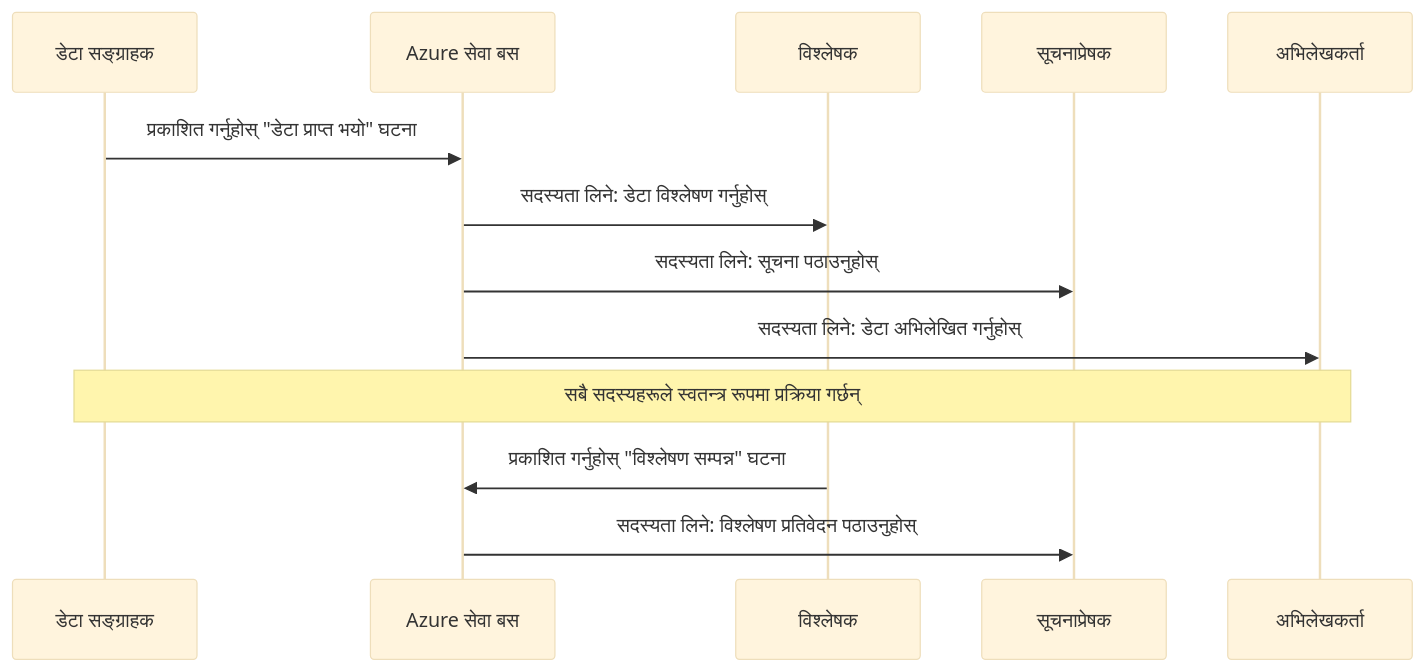
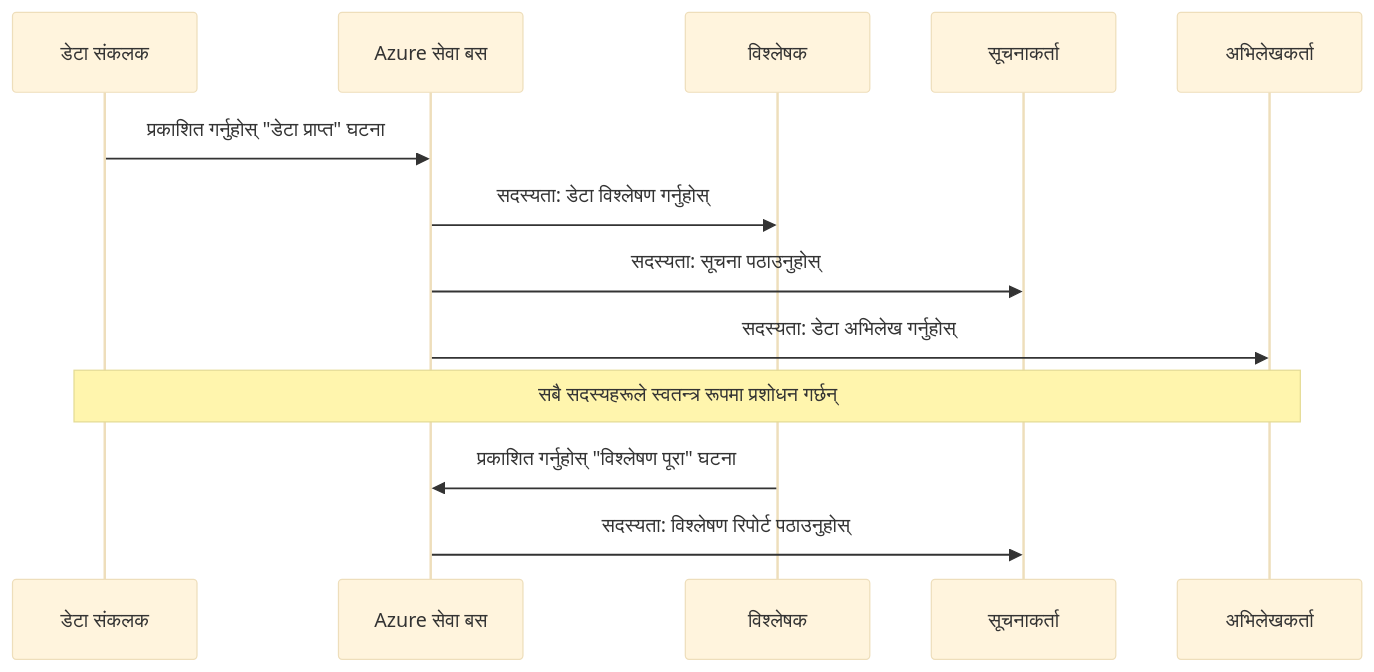
Before and after one commit to microsoft/AZD-for-beginners: the fourth of 6 diagrams in translations/ne/docs/chapter-06-pre-deployment/coordination-patterns.md, drawn with Mermaid (base theme). The commit also changed other lines of this file and 101 other files, not shown here.

````diff
--- a/translations/ne/docs/chapter-06-pre-deployment/coordination-patterns.md
+++ b/translations/ne/docs/chapter-06-pre-deployment/coordination-patterns.md
@@ -191,18 +185,18 @@
 ```mermaid
 sequenceDiagram
-    participant Agent1 as डेटा सङ्ग्राहक
+    participant Agent1 as डेटा संकलक
     participant EventBus as Azure सेवा बस
     participant Agent2 as विश्लेषक
-    participant Agent3 as सूचनाप्रेषक
+    participant Agent3 as सूचनाकर्ता
     participant Agent4 as अभिलेखकर्ता
     
-    Agent1->>EventBus: प्रकाशित गर्नुहोस् "डेटा प्राप्त भयो" घटना
-    EventBus->>Agent2: सदस्यता लिने: डेटा विश्लेषण गर्नुहोस्
-    EventBus->>Agent3: सदस्यता लिने: सूचना पठाउनुहोस्
-    EventBus->>Agent4: सदस्यता लिने: डेटा अभिलेखित गर्नुहोस्
+    Agent1->>EventBus: प्रकाशित गर्नुहोस् "डेटा प्राप्त" घटना
+    EventBus->>Agent2: सदस्यता: डेटा विश्लेषण गर्नुहोस्
+    EventBus->>Agent3: सदस्यता: सूचना पठाउनुहोस्
+    EventBus->>Agent4: सदस्यता: डेटा अभिलेख गर्नुहोस्
     
-    Note over Agent1,Agent4: सबै सदस्यहरूले स्वतन्त्र रूपमा प्रक्रिया गर्छन्
+    Note over Agent1,Agent4: सबै सदस्यहरूले स्वतन्त्र रूपमा प्रशोधन गर्छन्
     
-    Agent2->>EventBus: प्रकाशित गर्नुहोस् "विश्लेषण सम्पन्न" घटना
-    EventBus->>Agent3: सदस्यता लिने: विश्लेषण प्रतिवेदन पठाउनुहोस्
+    Agent2->>EventBus: प्रकाशित गर्नुहोस् "विश्लेषण पूरा" घटना
+    EventBus->>Agent3: सदस्यता: विश्लेषण रिपोर्ट पठाउनुहोस्
 ```
````
